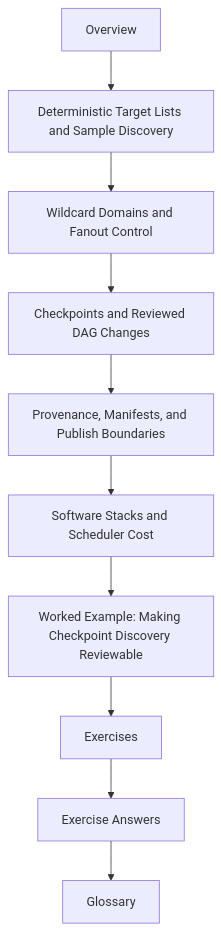
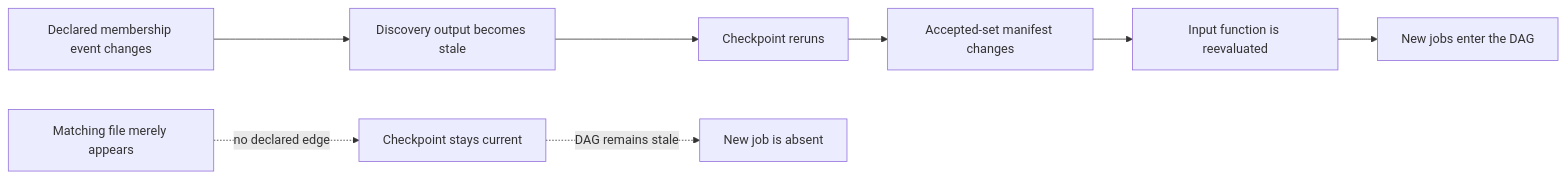
The first of 2 diagrams in programs/reproducible-research/deep-dive-snakemake/course-book/module-02-dynamic-dags-discovery-integrity/index.md (bijux/bijux-masterclass), drawn with Mermaid before and after one commit. The commit also changed other lines of this file, not shown here.

Commit message:
docs(snakemake): orient dynamic discovery around invalidation evidence

````diff
--- a/programs/reproducible-research/deep-dive-snakemake/course-book/module-02-dynamic-dags-discovery-integrity/index.md
+++ b/programs/reproducible-research/deep-dive-snakemake/course-book/module-02-dynamic-dags-discovery-integrity/index.md
@@ -66,12 +24,11 @@
 ```mermaid
-flowchart TD
-  start["Overview"] --> core1["Deterministic Target Lists and Sample Discovery"]
-  core1 --> core2["Wildcard Domains and Fanout Control"]
-  core2 --> core3["Checkpoints and Reviewed DAG Changes"]
-  core3 --> core4["Provenance, Manifests, and Publish Boundaries"]
-  core4 --> core5["Software Stacks and Scheduler Cost"]
-  core5 --> example["Worked Example: Making Checkpoint Discovery Reviewable"]
-  example --> practice["Exercises"]
-  practice --> answers["Exercise Answers"]
-  answers --> glossary["Glossary"]
+flowchart LR
+  event["Declared membership event changes"] --> stale["Discovery output becomes stale"]
+  stale --> rerun["Checkpoint reruns"]
+  rerun --> manifest["Accepted-set manifest changes"]
+  manifest --> reevaluate["Input function is reevaluated"]
+  reevaluate --> jobs["New jobs enter the DAG"]
+
+  ambient["Matching file merely appears"] -.no declared edge.-> hidden["Checkpoint stays current"]
+  hidden -.DAG remains stale.-> missed["New job is absent"]
 ```
````
